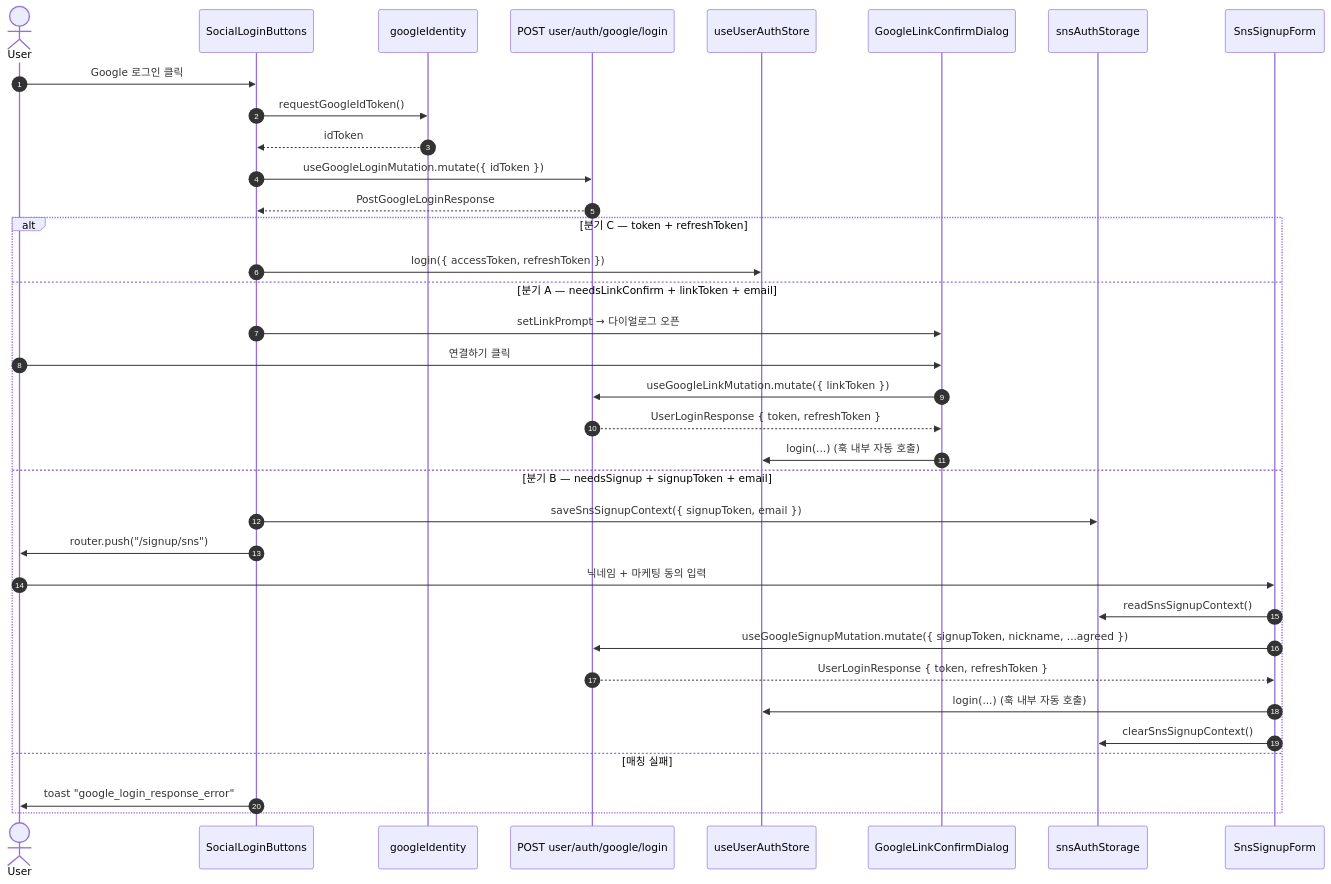
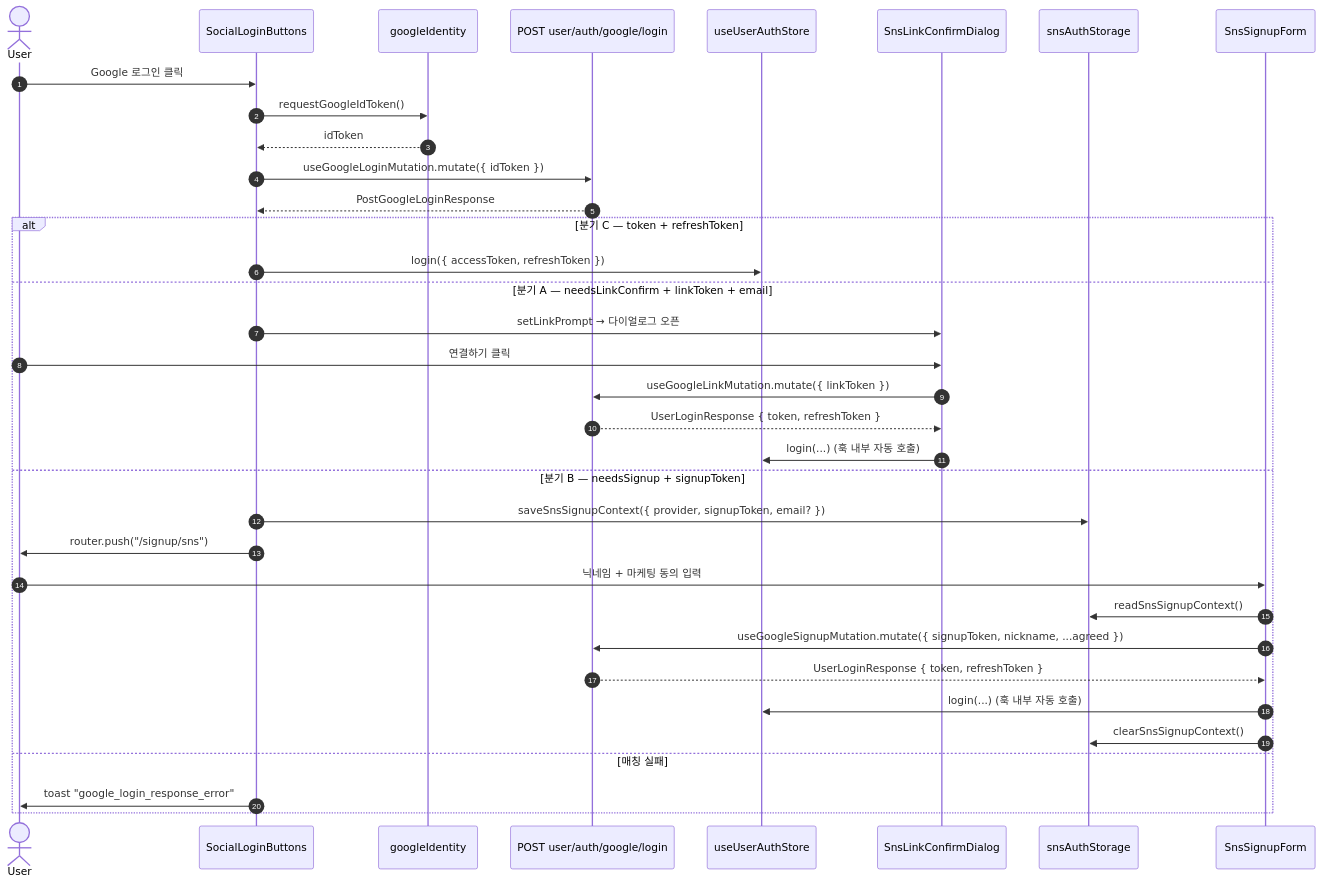
The second of 4 diagrams in apps/web/docs/auth.md (SeoulMomentTech/seoul-moment-fe), drawn with Mermaid before and after one commit. The commit also changed other lines of this file and 10 other files, not shown here.

First line of the commit message:
feat(web): wire up LINE login UI on top of the SNS auth flow

````diff
--- a/apps/web/docs/auth.md
+++ b/apps/web/docs/auth.md
@@ -99,39 +106,39 @@
 ```mermaid
 sequenceDiagram
     autonumber
     actor U as User
     participant SB as SocialLoginButtons
     participant GI as googleIdentity
     participant API as POST user/auth/google/login
     participant Store as useUserAuthStore
-    participant Dlg as GoogleLinkConfirmDialog
+    participant Dlg as SnsLinkConfirmDialog
     participant SS as snsAuthStorage
     participant Form as SnsSignupForm
 
     U->>SB: Google 로그인 클릭
     SB->>GI: requestGoogleIdToken()
     GI-->>SB: idToken
     SB->>API: useGoogleLoginMutation.mutate({ idToken })
     API-->>SB: PostGoogleLoginResponse
 
     alt 분기 C — token + refreshToken
         SB->>Store: login({ accessToken, refreshToken })
     else 분기 A — needsLinkConfirm + linkToken + email
         SB->>Dlg: setLinkPrompt → 다이얼로그 오픈
         U->>Dlg: 연결하기 클릭
         Dlg->>API: useGoogleLinkMutation.mutate({ linkToken })
         API-->>Dlg: UserLoginResponse { token, refreshToken }
         Dlg->>Store: login(...) (훅 내부 자동 호출)
-    else 분기 B — needsSignup + signupToken + email
-        SB->>SS: saveSnsSignupContext({ signupToken, email })
+    else 분기 B — needsSignup + signupToken
+        SB->>SS: saveSnsSignupContext({ provider, signupToken, email? })
         SB->>U: router.push("/signup/sns")
         U->>Form: 닉네임 + 마케팅 동의 입력
         Form->>SS: readSnsSignupContext()
         Form->>API: useGoogleSignupMutation.mutate({ signupToken, nickname, ...agreed })
         API-->>Form: UserLoginResponse { token, refreshToken }
         Form->>Store: login(...) (훅 내부 자동 호출)
         Form->>SS: clearSnsSignupContext()
     else 매칭 실패
         SB->>U: toast "google_login_response_error"
     end
 ```
````
